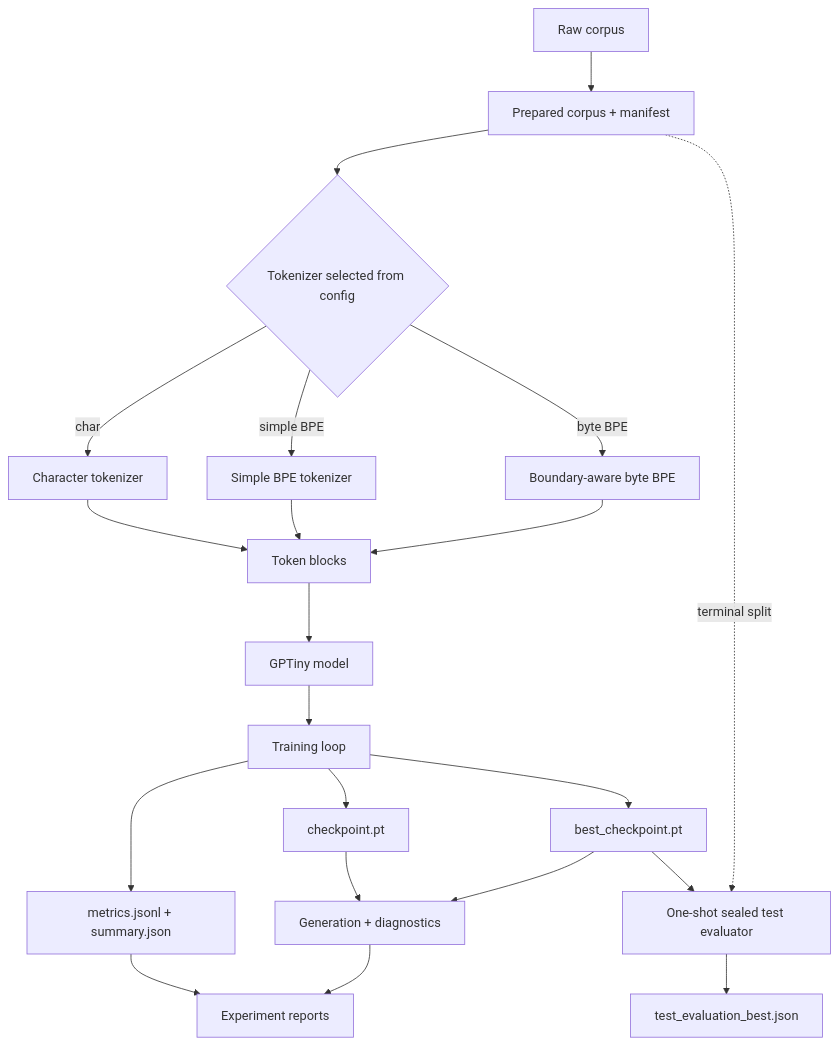
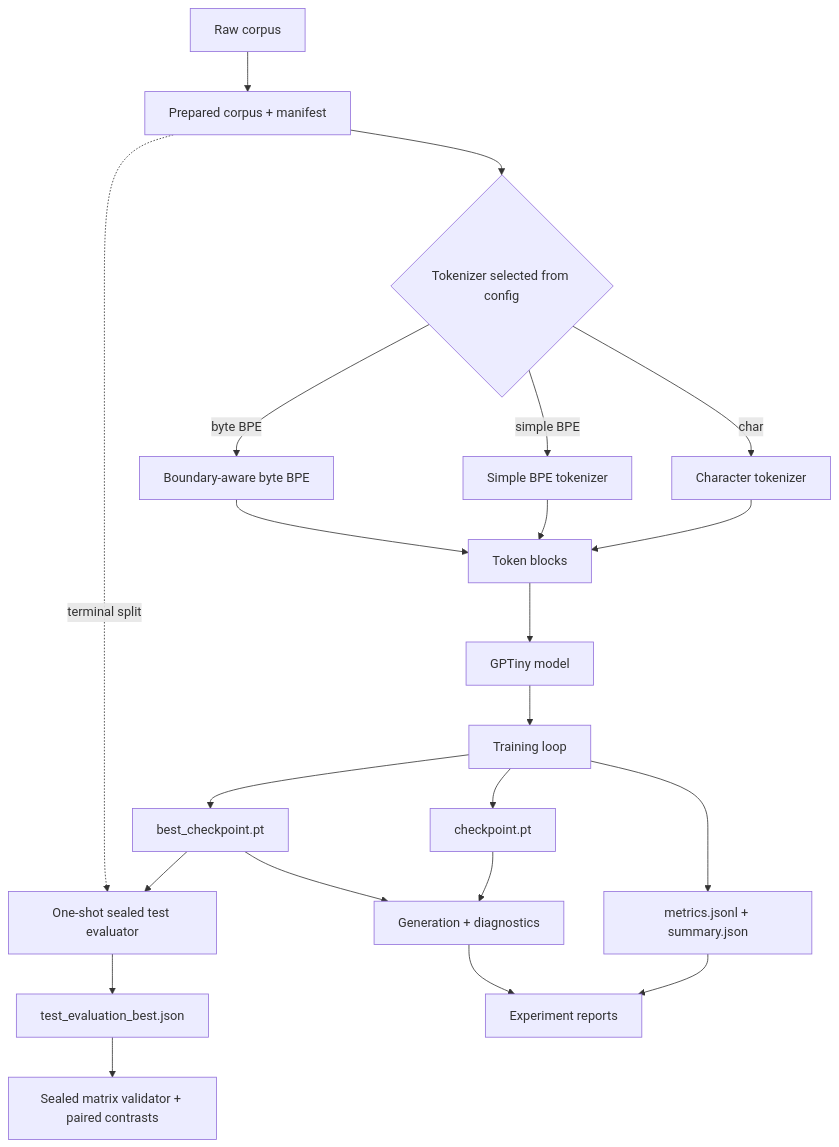
One commit to almondsun/smallm changed the diagram in docs/architecture.md. Above: the diagram before and after it, drawn with Mermaid. The commit also changed other lines of this file and 10 other files, not shown here.

````diff
--- a/docs/architecture.md
+++ b/docs/architecture.md
@@ -9,23 +9,24 @@
 ```mermaid
 flowchart TD
     A[Raw corpus] --> B[Prepared corpus + manifest]
     B --> C{Tokenizer selected from config}
     C -->|char| D[Character tokenizer]
     C -->|simple BPE| E[Simple BPE tokenizer]
     C -->|byte BPE| N[Boundary-aware byte BPE]
     D --> F[Token blocks]
     E --> F
     N --> F
     F --> G[GPTiny model]
     G --> H[Training loop]
     H --> I[checkpoint.pt]
     H --> J[best_checkpoint.pt]
     H --> K[metrics.jsonl + summary.json]
     J --> O[One-shot sealed test evaluator]
     B -. terminal split .-> O
     O --> P[test_evaluation_best.json]
+    P --> Q[Sealed matrix validator + paired contrasts]
     I --> L[Generation + diagnostics]
     J --> L
     K --> M[Experiment reports]
     L --> M
 ```
````
